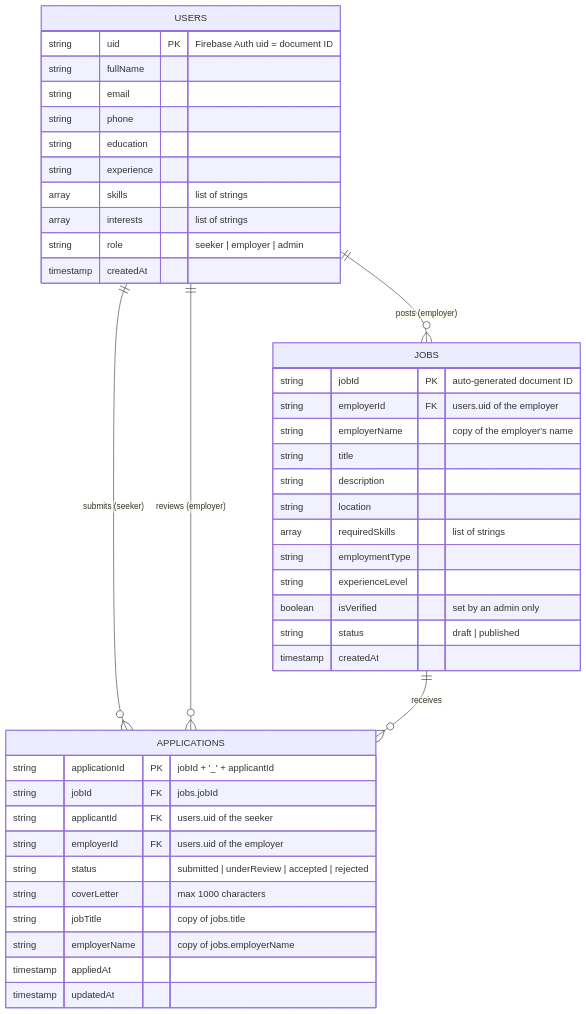
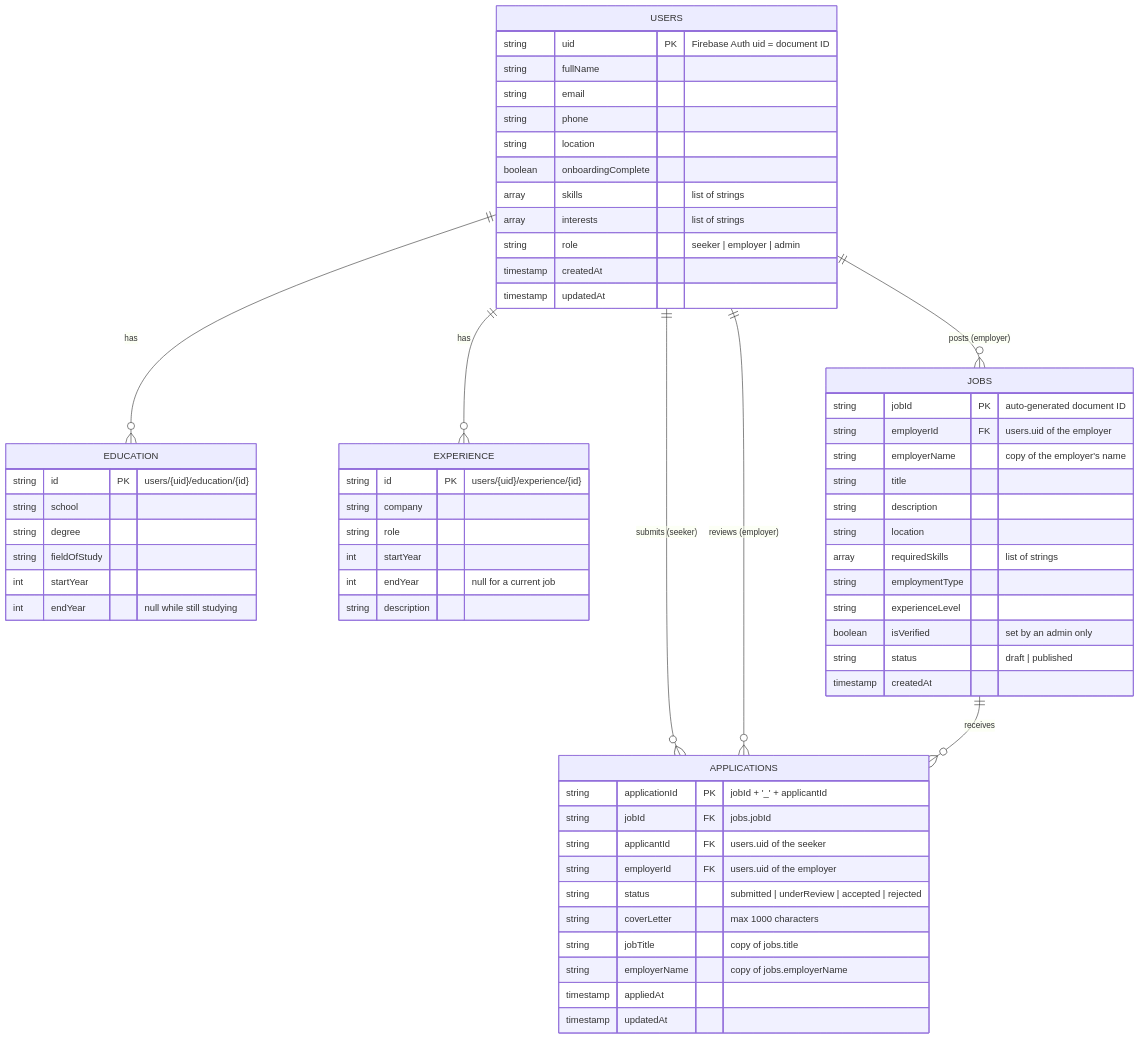
One commit to JesseN661/Tujiajiri changed the diagram in docs/ERD.md. Above: the diagram before and after it, drawn with Mermaid. The commit also changed other lines of this file and 32 other files, not shown here.

````diff
--- a/docs/ERD.md
+++ b/docs/ERD.md
@@ -6,48 +6,69 @@
 ```mermaid
 erDiagram
+    USERS ||--o{ EDUCATION : "has"
+    USERS ||--o{ EXPERIENCE : "has"
     USERS ||--o{ JOBS : "posts (employer)"
     USERS ||--o{ APPLICATIONS : "submits (seeker)"
     USERS ||--o{ APPLICATIONS : "reviews (employer)"
     JOBS ||--o{ APPLICATIONS : "receives"
 
     USERS {
         string uid PK "Firebase Auth uid = document ID"
         string fullName
         string email
         string phone
-        string education
-        string experience
+        string location
+        boolean onboardingComplete
         array skills "list of strings"
         array interests "list of strings"
         string role "seeker | employer | admin"
         timestamp createdAt
+        timestamp updatedAt
+    }
+
+    EDUCATION {
+        string id PK "users/{uid}/education/{id}"
+        string school
+        string degree
+        string fieldOfStudy
+        int startYear
+        int endYear "null while still studying"
+    }
+
+    EXPERIENCE {
+        string id PK "users/{uid}/experience/{id}"
+        string company
+        string role
+        int startYear
+        int endYear "null for a current job"
+        string description
     }
 
     JOBS {
         string jobId PK "auto-generated document ID"
         string employerId FK "users.uid of the employer"
         string employerName "copy of the employer's name"
         string title
         string description
         string location
         array requiredSkills "list of strings"
         string employmentType
         string experienceLevel
         boolean isVerified "set by an admin only"
         string status "draft | published"
         timestamp createdAt
     }
 
     APPLICATIONS {
         string applicationId PK "jobId + '_' + applicantId"
         string jobId FK "jobs.jobId"
         string applicantId FK "users.uid of the seeker"
         string employerId FK "users.uid of the employer"
         string status "submitted | underReview | accepted | rejected"
         string coverLetter "max 1000 characters"
         string jobTitle "copy of jobs.title"
         string employerName "copy of jobs.employerName"
         timestamp appliedAt
         timestamp updatedAt
     }
 ```
````
